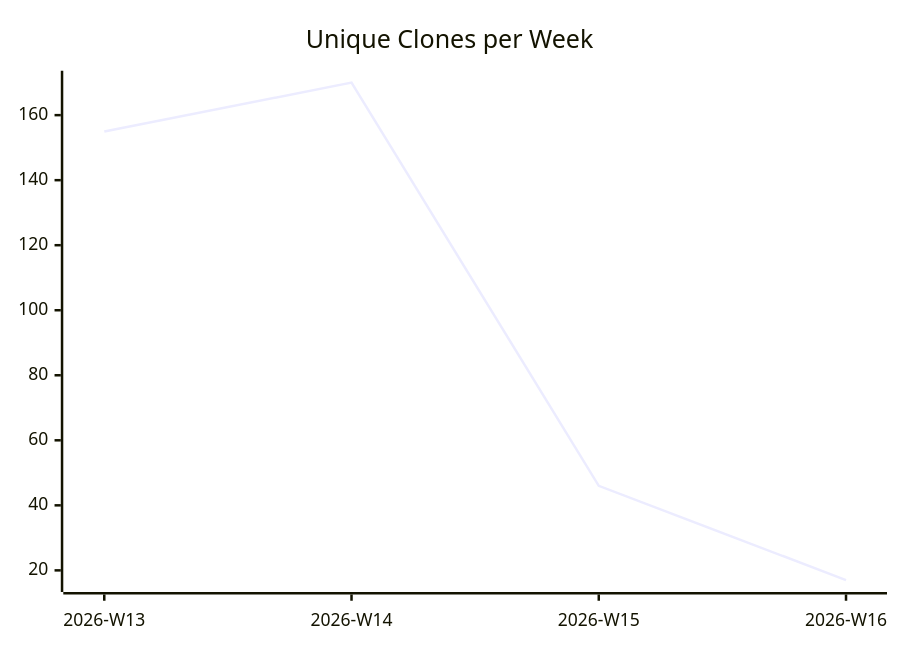
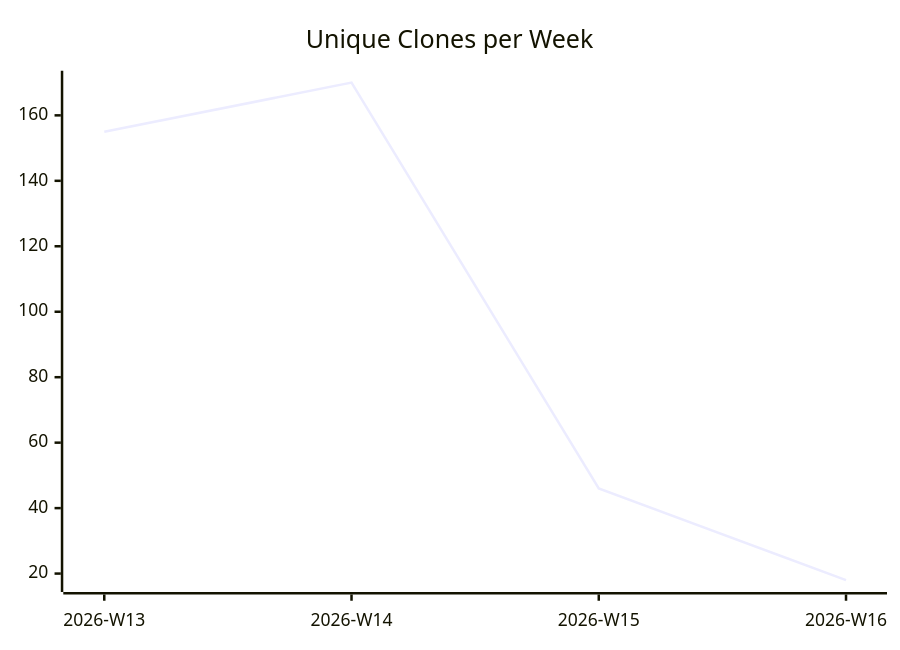
The third of 3 diagrams in karlmdavis/justdavis-finances/README.md (justdavis-family/github-analytics-data), drawn with Mermaid before and after one commit. The commit also changed other lines of this file and 189 other files, not shown here.

````diff
--- a/karlmdavis/justdavis-finances/README.md
+++ b/karlmdavis/justdavis-finances/README.md
@@ -19,6 +19,6 @@
 ```mermaid
 xychart-beta
   title "Unique Clones per Week"
   x-axis ["2026-W13", "2026-W14", "2026-W15", "2026-W16"]
-  line [155, 170, 46, 17]
+  line [155, 170, 46, 18]
 ```
````
